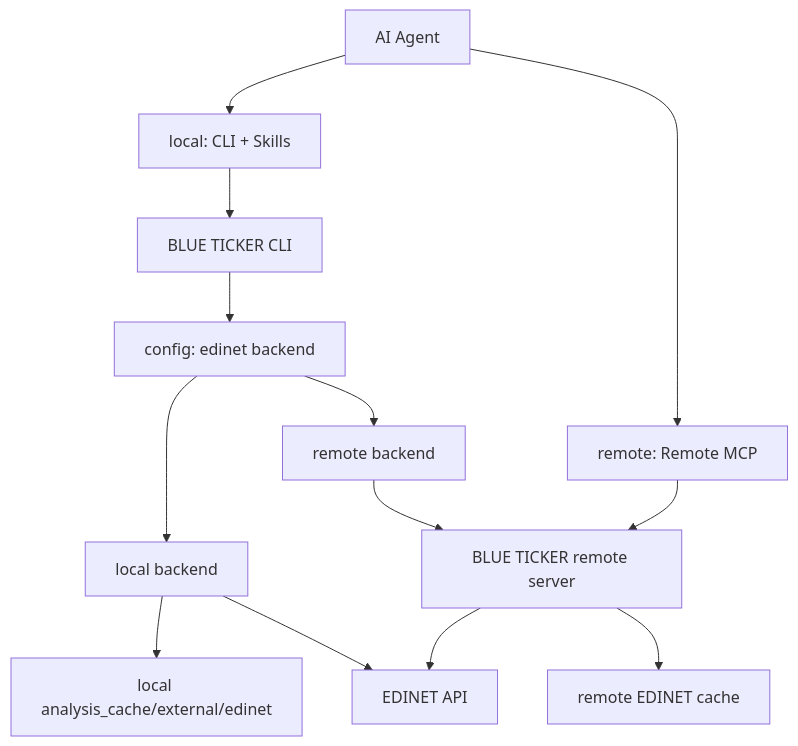
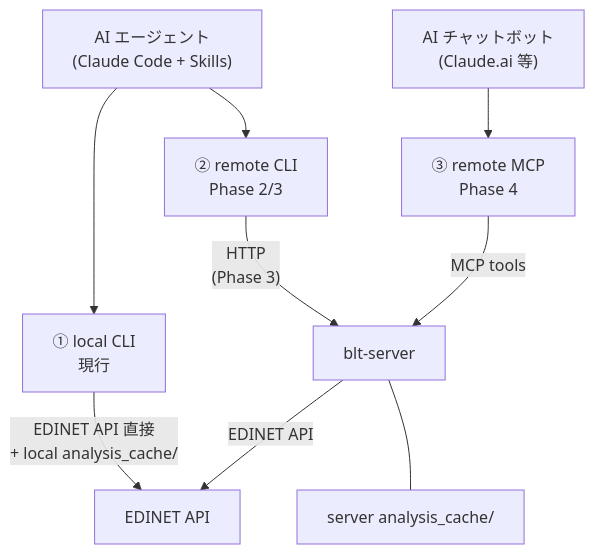
One commit to sollahiro/blue-ticker changed the diagram in docs/mcp-server-roadmap.md. Above: the diagram before and after it, drawn with Mermaid. The commit also changed other lines of this file, not shown here.

First line of the commit message:
docs: reframe architecture as 3 modes (local CLI / remote CLI / remote MCP)

````diff
--- a/docs/mcp-server-roadmap.md
+++ b/docs/mcp-server-roadmap.md
@@ -29,18 +20,13 @@
 ```mermaid
 flowchart TD
-    Agent["AI Agent"] --> LocalFlow["local: CLI + Skills"]
-    Agent --> RemoteMcp["remote: Remote MCP"]
+    Agent["AI エージェント\n(Claude Code + Skills)"] --> LocalCLI["① local CLI\n現行"]
+    Agent --> RemoteCLI["② remote CLI\nPhase 2/3"]
+    Chatbot["AI チャットボット\n(Claude.ai 等)"] --> RemoteMCP["③ remote MCP\nPhase 4"]
 
-    LocalFlow --> CLI["BLUE TICKER CLI"]
-    CLI --> BackendChoice["config: edinet backend"]
-    BackendChoice --> LocalBackend["local backend"]
-    BackendChoice --> RemoteBackend["remote backend"]
+    LocalCLI -->|"EDINET API 直接\n+ local analysis_cache/"| EdinetAPI["EDINET API"]
 
-    LocalBackend --> LocalCache["local analysis_cache/external/edinet"]
-    LocalBackend --> EdinetAPI["EDINET API"]
-
-    RemoteBackend --> RemoteServer["BLUE TICKER remote server"]
-    RemoteMcp --> RemoteServer
-    RemoteServer --> RemoteCache["remote EDINET cache"]
-    RemoteServer --> EdinetAPI
+    RemoteCLI -->|"HTTP\n(Phase 3)"| Server["blt-server"]
+    RemoteMCP -->|"MCP tools"| Server
+    Server -->|"EDINET API"| EdinetAPI
+    Server --- ServerCache["server analysis_cache/"]
 ```
````
